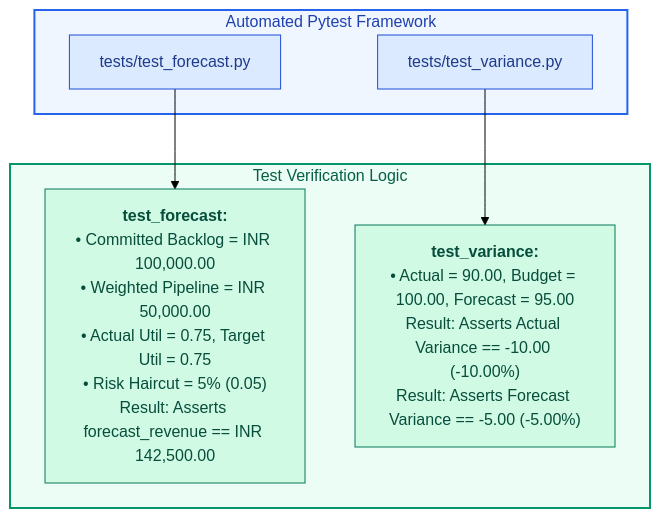
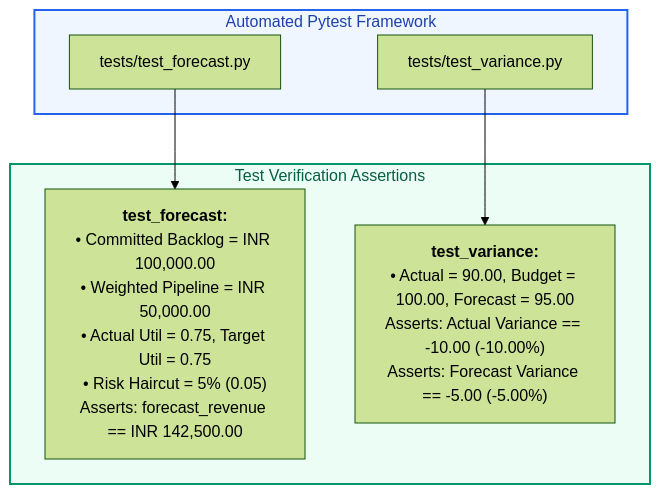
Before and after one commit to VED-VIVEK-TALMALEY/x-fin: the second of 2 diagrams in docs/DEVELOPMENT.md, drawn with Mermaid (forest theme). The commit also changed other lines of this file and 8 other files, not shown here.

````diff
--- a/docs/DEVELOPMENT.md
+++ b/docs/DEVELOPMENT.md
@@ -57,24 +45,18 @@
 ```mermaid
 graph TD
     subgraph Suite["Automated Pytest Framework"]
         T1["tests/test_forecast.py"]
         T2["tests/test_variance.py"]
     end
 
-    subgraph Trace["Test Verification Logic"]
-        C1["<b>test_forecast:</b><br/>• Committed Backlog = INR 100,000.00<br/>• Weighted Pipeline = INR 50,000.00<br/>• Actual Util = 0.75, Target Util = 0.75<br/>• Risk Haircut = 5% (0.05)<br/>Result: Asserts forecast_revenue == INR 142,500.00"]
-        C2["<b>test_variance:</b><br/>• Actual = 90.00, Budget = 100.00, Forecast = 95.00<br/>Result: Asserts Actual Variance == -10.00 (-10.00%)<br/>Result: Asserts Forecast Variance == -5.00 (-5.00%)"]
+    subgraph Trace["Test Verification Assertions"]
+        C1["<b>test_forecast:</b><br/>• Committed Backlog = INR 100,000.00<br/>• Weighted Pipeline = INR 50,000.00<br/>• Actual Util = 0.75, Target Util = 0.75<br/>• Risk Haircut = 5% (0.05)<br/>Asserts: forecast_revenue == INR 142,500.00"]
+        C2["<b>test_variance:</b><br/>• Actual = 90.00, Budget = 100.00, Forecast = 95.00<br/>Asserts: Actual Variance == -10.00 (-10.00%)<br/>Asserts: Forecast Variance == -5.00 (-5.00%)"]
     end
 
     T1 --> C1
     T2 --> C2
 
     style Suite fill:#EFF6FF,stroke:#2563EB,stroke-width:2px,color:#1E40AF
     style Trace fill:#ECFDF5,stroke:#059669,stroke-width:2px,color:#065F46
-
-    style T1 fill:#DBEAFE,stroke:#1D4ED8,stroke-width:1px,color:#1E3A8A
-    style T2 fill:#DBEAFE,stroke:#1D4ED8,stroke-width:1px,color:#1E3A8A
-
-    style C1 fill:#D1FAE5,stroke:#047857,stroke-width:1px,color:#064E3B
-    style C2 fill:#D1FAE5,stroke:#047857,stroke-width:1px,color:#064E3B
 ```
````
